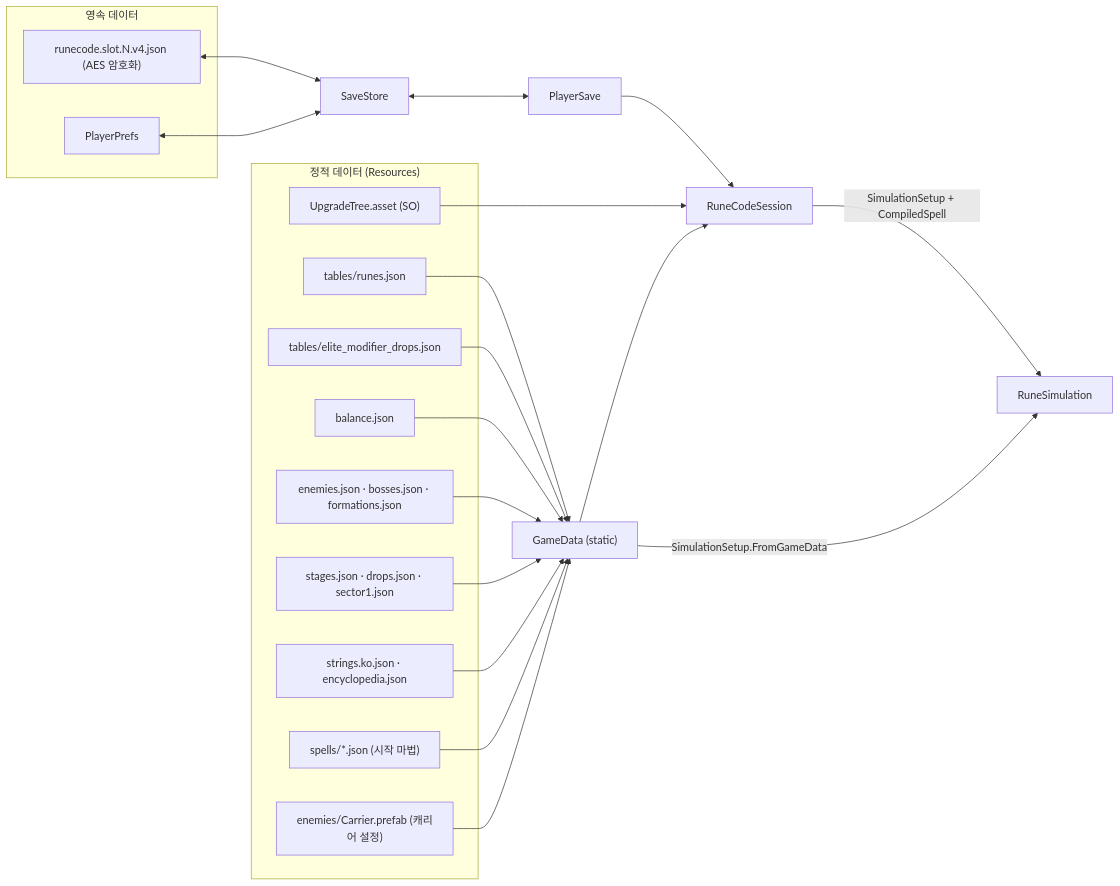
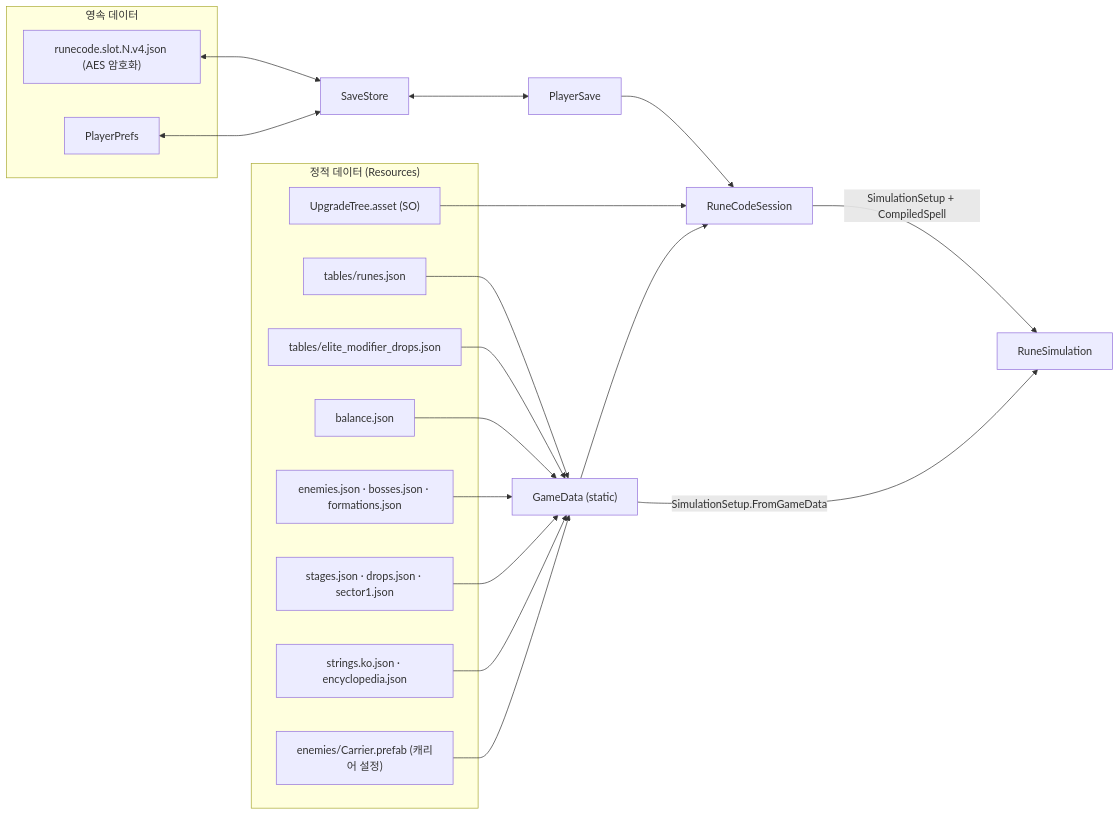
The first of 2 diagrams in Assets/Share Docs~/02_Data.md (zopa2161/GameLab_Week08), drawn with Mermaid before and after one commit. The commit also changed other lines of this file and 20 other files, not shown here.

````diff
--- a/Assets/Share Docs~/02_Data.md
+++ b/Assets/Share Docs~/02_Data.md
@@ -13,28 +13,27 @@
 ```mermaid
 flowchart LR
     subgraph Static["정적 데이터 (Resources)"]
         J1["tables/runes.json"]
         J2["tables/elite_modifier_drops.json"]
         J3["balance.json"]
         J4["enemies.json · bosses.json · formations.json"]
         J5["stages.json · drops.json · sector1.json"]
         J6["strings.ko.json · encyclopedia.json"]
-        J7["spells/*.json (시작 마법)"]
         SO["UpgradeTree.asset (SO)"]
         PF["enemies/Carrier.prefab (캐리어 설정)"]
     end
     GD["GameData (static)"]
-    J1 & J2 & J3 & J4 & J5 & J6 & J7 --> GD
+    J1 & J2 & J3 & J4 & J5 & J6 --> GD
     PF --> GD
     subgraph Persist["영속 데이터"]
         SAVEFILE["runecode.slot.N.v4.json (AES 암호화)"]
         PREFS["PlayerPrefs"]
     end
     SAVEFILE <--> SS["SaveStore"] <--> PS["PlayerSave"]
     PREFS <--> SS
     PS --> SESS["RuneCodeSession"]
     SO --> SESS
     GD --> SESS
     SESS -->|SimulationSetup + CompiledSpell| SIM["RuneSimulation"]
     GD -->|SimulationSetup.FromGameData| SIM
 ```
````
